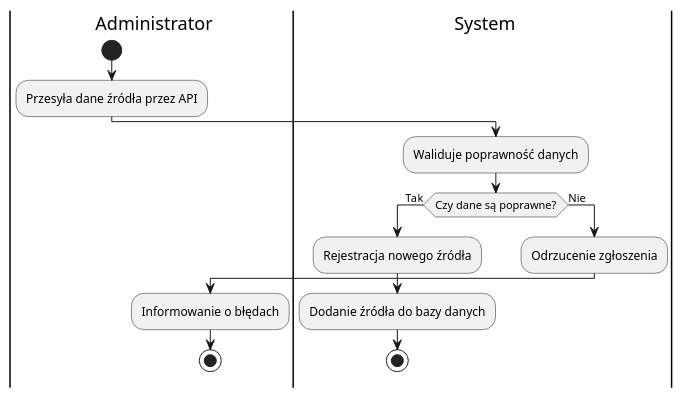
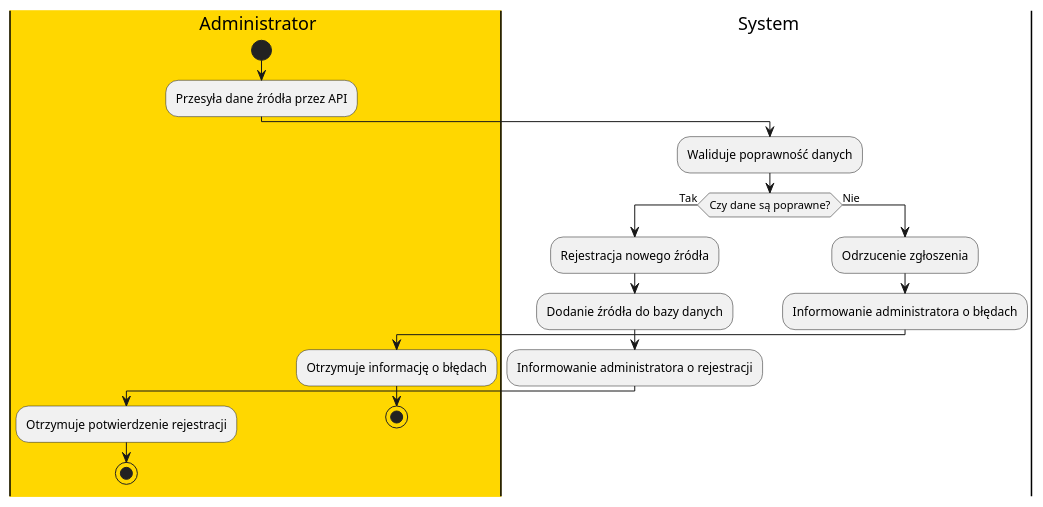
Before and after one commit to aleksanderpiluk/IWO: the diagram in dokumentacja/specyfikacja.wymagan/2.opis.biznesu/procesy.biznesowe/procesy/PB0003.puml, drawn with PlantUML.

```diff
--- a/dokumentacja/specyfikacja.wymagan/2.opis.biznesu/procesy.biznesowe/procesy/PB0003.puml
+++ b/dokumentacja/specyfikacja.wymagan/2.opis.biznesu/procesy.biznesowe/procesy/PB0003.puml
@@ -1,19 +1,24 @@
 @startuml
-|a| Administrator
+|#gold|a| Administrator
 start
 :Przesyła dane źródła przez API;
 
 |s| System
 :Waliduje poprawność danych;
 
 if (Czy dane są poprawne?) then (Tak)
   :Rejestracja nowego źródła;
   :Dodanie źródła do bazy danych;
+:Informowanie administratora o rejestracji;
+  |#gold|a| Administrator
+  :Otrzymuje potwierdzenie rejestracji;
 stop
 else (Nie)
+  |s| System
   :Odrzucenie zgłoszenia;
-  |a| Administrator
-  :Informowanie o błędach;
+  :Informowanie administratora o błędach;
+  |#gold|a| Administrator
+  :Otrzymuje informację o błędach;
 stop
 endif
 @enduml
```
